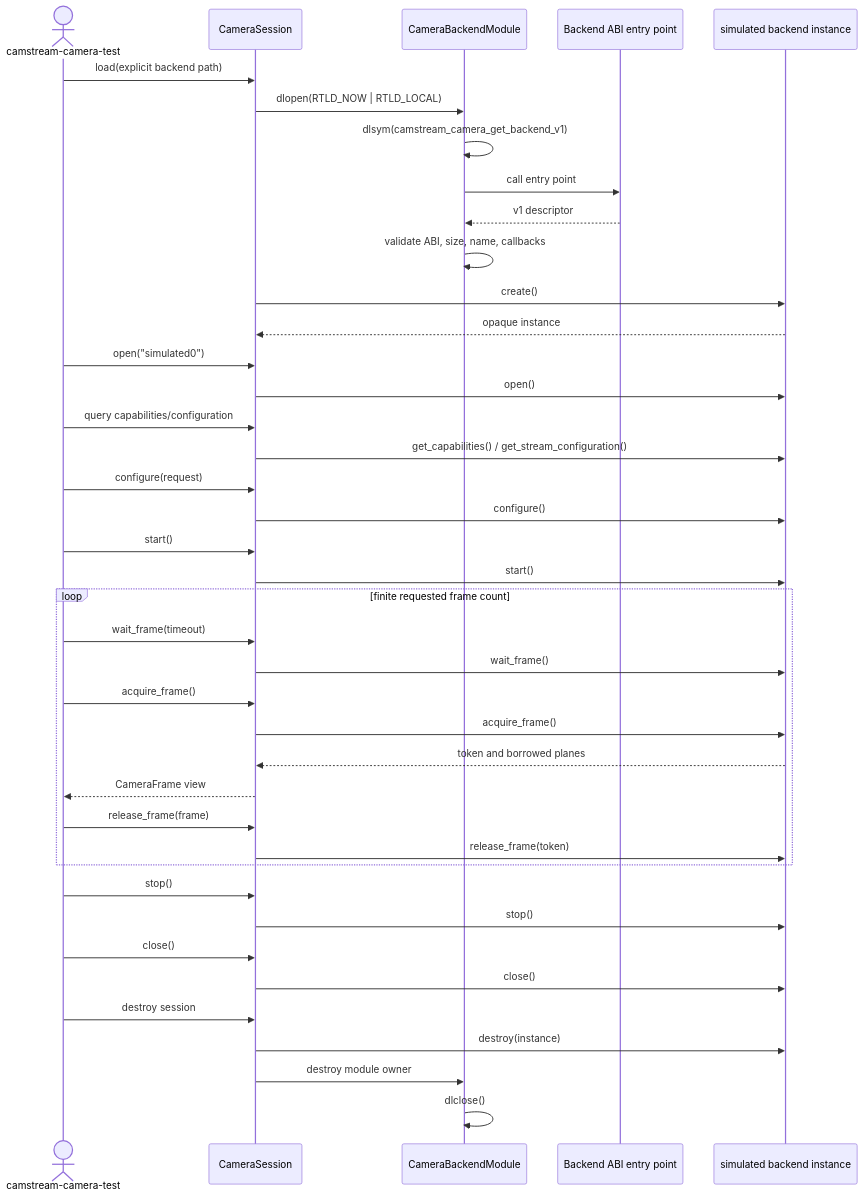
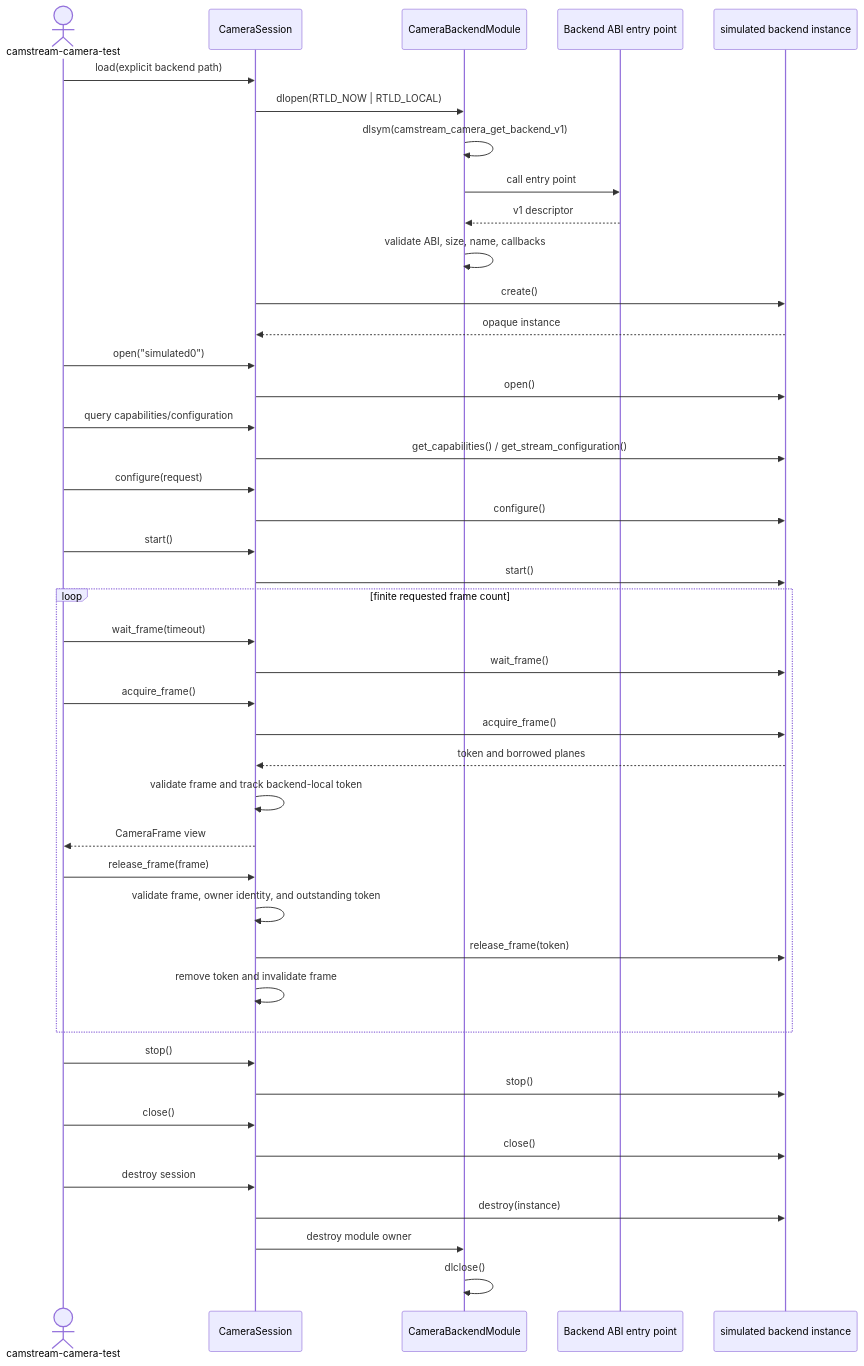
The first of 2 diagrams in docs/architecture/runtime-flows.md (tungnhs2014/camstream-control), drawn with Mermaid before and after one commit. The commit also changed other lines of this file and 9 other files, not shown here.

Commit message:
fix(camera-ppi): enforce per-session frame ownership

````diff
--- a/docs/architecture/runtime-flows.md
+++ b/docs/architecture/runtime-flows.md
@@ -9,43 +10,46 @@
 ```mermaid
 sequenceDiagram
     actor App as camstream-camera-test
     participant Session as CameraSession
     participant Loader as CameraBackendModule
     participant Entry as Backend ABI entry point
     participant Backend as simulated backend instance
 
     App->>Session: load(explicit backend path)
     Session->>Loader: dlopen(RTLD_NOW | RTLD_LOCAL)
     Loader->>Loader: dlsym(camstream_camera_get_backend_v1)
     Loader->>Entry: call entry point
     Entry-->>Loader: v1 descriptor
     Loader->>Loader: validate ABI, size, name, callbacks
     Session->>Backend: create()
     Backend-->>Session: opaque instance
     App->>Session: open("simulated0")
     Session->>Backend: open()
     App->>Session: query capabilities/configuration
     Session->>Backend: get_capabilities() / get_stream_configuration()
     App->>Session: configure(request)
     Session->>Backend: configure()
     App->>Session: start()
     Session->>Backend: start()
     loop finite requested frame count
         App->>Session: wait_frame(timeout)
         Session->>Backend: wait_frame()
         App->>Session: acquire_frame()
         Session->>Backend: acquire_frame()
         Backend-->>Session: token and borrowed planes
+        Session->>Session: validate frame and track backend-local token
         Session-->>App: CameraFrame view
         App->>Session: release_frame(frame)
+        Session->>Session: validate frame, owner identity, and outstanding token
         Session->>Backend: release_frame(token)
+        Session->>Session: remove token and invalidate frame
     end
     App->>Session: stop()
     Session->>Backend: stop()
     App->>Session: close()
     Session->>Backend: close()
     App->>Session: destroy session
     Session->>Backend: destroy(instance)
     Session->>Loader: destroy module owner
     Loader->>Loader: dlclose()
 ```
````
